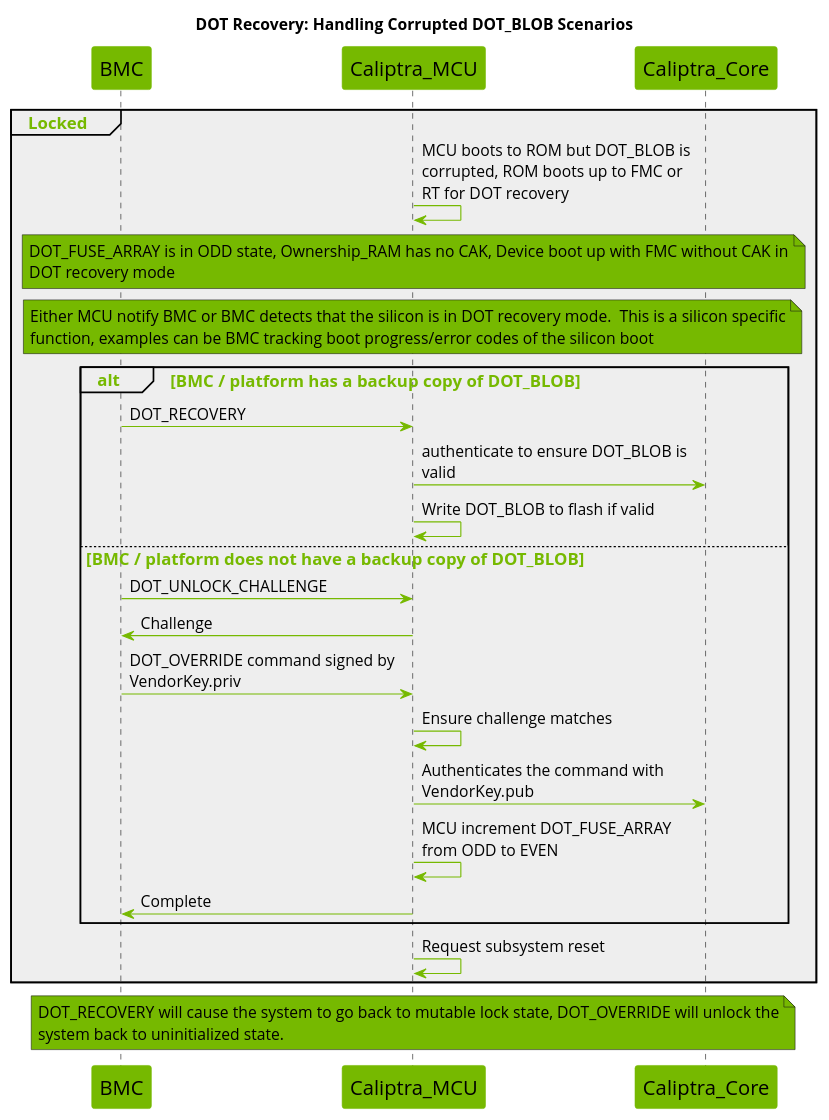
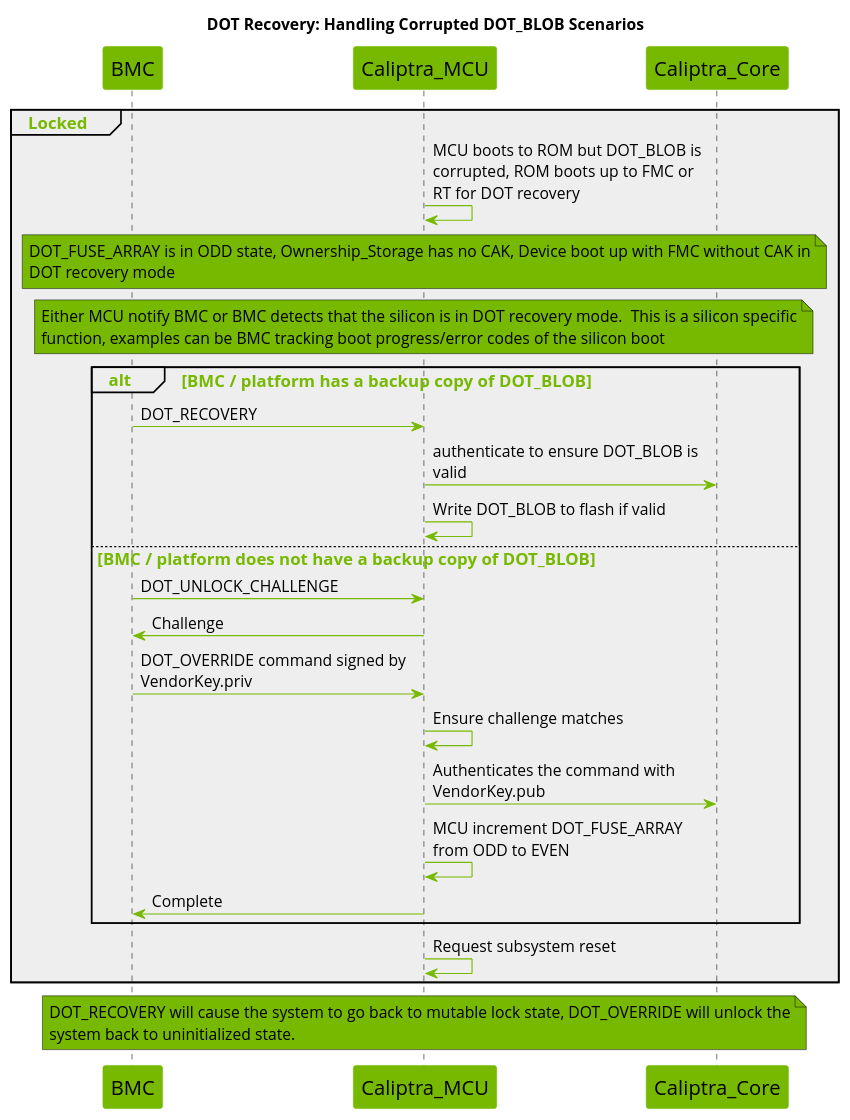
The ninth of 9 diagrams in docs/src/dot.md (zhalvorsen/caliptra-mcu-sw), drawn with PlantUML before and after one commit. The commit also changed other lines of this file, not shown here.

Commit message:
Modify dot.md to rephrase Ownership_RAM as Ownership_Storage (#611)

````diff
--- a/docs/src/dot.md
+++ b/docs/src/dot.md
@@ -1166,58 +1167,58 @@
 ```plantuml
 @startuml
 
 title DOT Recovery: Handling Corrupted DOT_BLOB Scenarios
 
 skinparam maxMessageSize 250
 skinparam wrapWidth 700
 skinparam backgroundColor white
 skinparam NoteBackgroundColor #76b900
 skinparam NoteFontSize 14
 skinparam SequenceGroupBodyBackgroundColor #EEEEEE
 skinparam defaultFontName Open Sans
 
 skinparam sequence {
     ArrowColor #76b900
     ActorBorderColor #76b900
     LifeLineBorderColor #000000
     LifeLineBackgroundColor #76b900
     GroupHeaderFontsize 15
     GroupHeaderFontColor #76b900
     GroupFontSize 15
     GroupFontColor #76b900
     ArrowFontSize 15
     ParticipantBorderColor #76b900
     ParticipantBackgroundColor #76b900
     ParticipantFontSize 18
     ParticipantFontColor black
     ArrowFontSize 14
 }
 
 participant BMC
 participant Caliptra_MCU
 participant Caliptra_Core
 
 group Locked
     Caliptra_MCU -> Caliptra_MCU : MCU boots to ROM but DOT_BLOB is corrupted, ROM boots up to FMC or RT for DOT recovery
-    note across : DOT_FUSE_ARRAY is in ODD state, Ownership_RAM has no CAK, Device boot up with FMC without CAK in DOT recovery mode
+    note across : DOT_FUSE_ARRAY is in ODD state, Ownership_Storage has no CAK, Device boot up with FMC without CAK in DOT recovery mode
     note across : Either MCU notify BMC or BMC detects that the silicon is in DOT recovery mode.  This is a silicon specific function, examples can be BMC tracking boot progress/error codes of the silicon boot
     alt BMC / platform has a backup copy of DOT_BLOB
         BMC -> Caliptra_MCU : DOT_RECOVERY
         Caliptra_MCU -> Caliptra_Core : authenticate to ensure DOT_BLOB is valid
         Caliptra_MCU -> Caliptra_MCU : Write DOT_BLOB to flash if valid
     else BMC / platform does not have a backup copy of DOT_BLOB
         BMC -> Caliptra_MCU : DOT_UNLOCK_CHALLENGE
         Caliptra_MCU -> BMC : Challenge
         BMC -> Caliptra_MCU : DOT_OVERRIDE command signed by VendorKey.priv
         Caliptra_MCU -> Caliptra_MCU : Ensure challenge matches
         Caliptra_MCU -> Caliptra_Core : Authenticates the command with VendorKey.pub
         Caliptra_MCU -> Caliptra_MCU : MCU increment DOT_FUSE_ARRAY from ODD to EVEN
         Caliptra_MCU -> BMC : Complete
     end
     Caliptra_MCU -> Caliptra_MCU : Request subsystem reset
 end
 note across : DOT_RECOVERY will cause the system to go back to mutable lock state, DOT_OVERRIDE will unlock the system back to uninitialized state.
 
 
 @enduml
 ```
````
